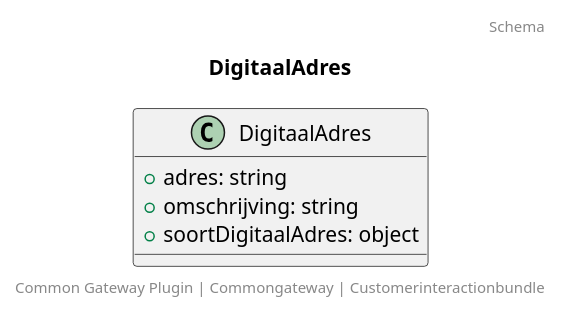
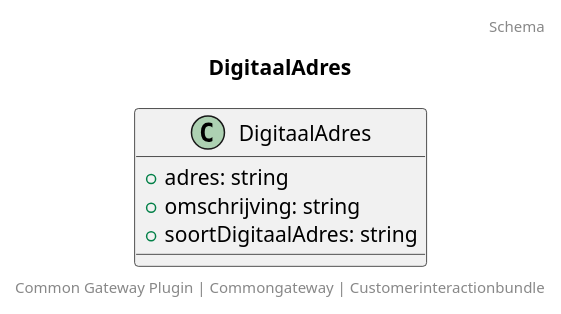
One commit to CommonGateway/CustomerInteractionBundle changed the diagram in docs/schema/klant.digitaalAdres.puml. Above: the diagram before and after it, drawn with PlantUML. The commit also changed 29 other files, not shown here.

```diff
--- a/docs/schema/klant.digitaalAdres.puml
+++ b/docs/schema/klant.digitaalAdres.puml
@@ -1,11 +1,11 @@
 @startuml
 title: DigitaalAdres
 footer: Common Gateway Plugin | Commongateway | Customerinteractionbundle 
 header: Schema
 
 class DigitaalAdres {
   + adres: string
   + omschrijving: string
-  + soortDigitaalAdres: object
+  + soortDigitaalAdres: string
 }
 @enduml
```
